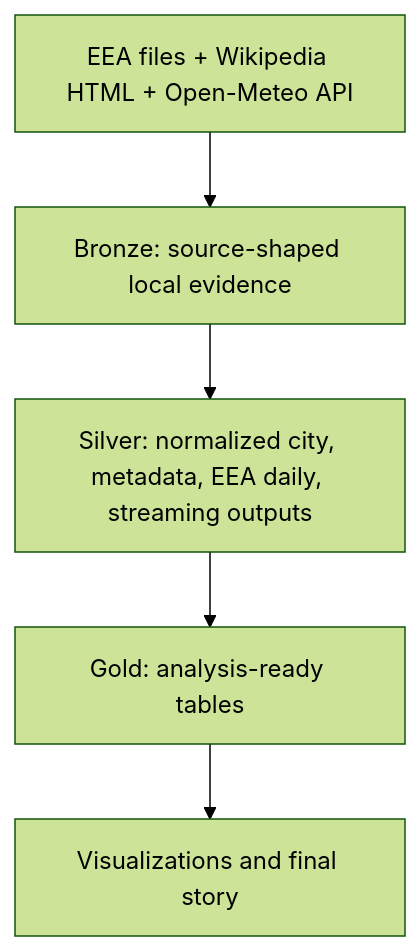
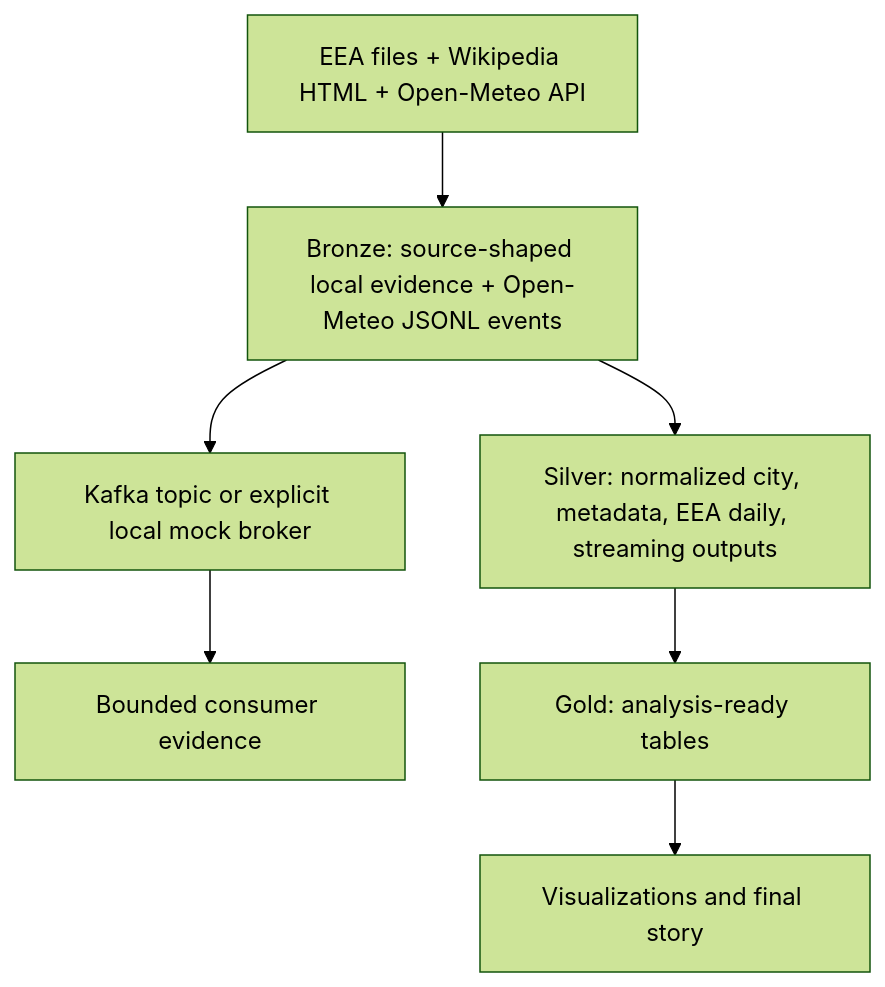
The diagram in docs/diagrams/dataflow.mmd (OnlyMajorG/euro-air-quality-pipeline), drawn with Mermaid (forest theme) before and after one commit. The commit also changed 12 other files, not shown here.

Commit message:
Phase 5 — Open-Meteo REST API & Kafka Producer

```diff
--- a/docs/diagrams/dataflow.mmd
+++ b/docs/diagrams/dataflow.mmd
@@ -1,5 +1,7 @@
 flowchart TD
-    Sources["EEA files + Wikipedia HTML + Open-Meteo API"] --> Bronze["Bronze: source-shaped local evidence"]
+    Sources["EEA files + Wikipedia HTML + Open-Meteo API"] --> Bronze["Bronze: source-shaped local evidence + Open-Meteo JSONL events"]
+    Bronze --> Broker["Kafka topic or explicit local mock broker"]
+    Broker --> Evidence["Bounded consumer evidence"]
     Bronze --> Silver["Silver: normalized city, metadata, EEA daily, streaming outputs"]
     Silver --> Gold["Gold: analysis-ready tables"]
     Gold --> Viz["Visualizations and final story"]
```
